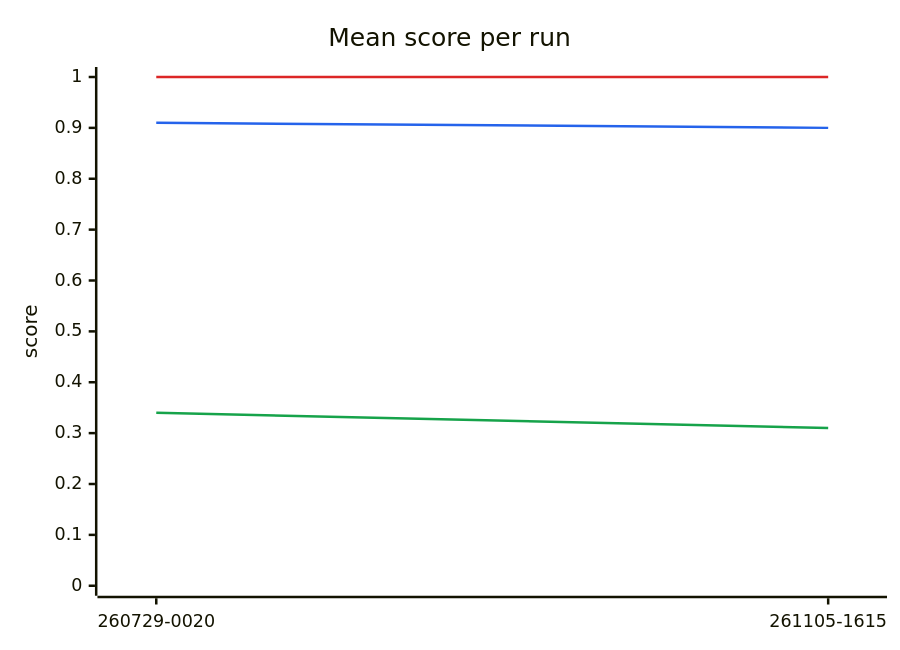
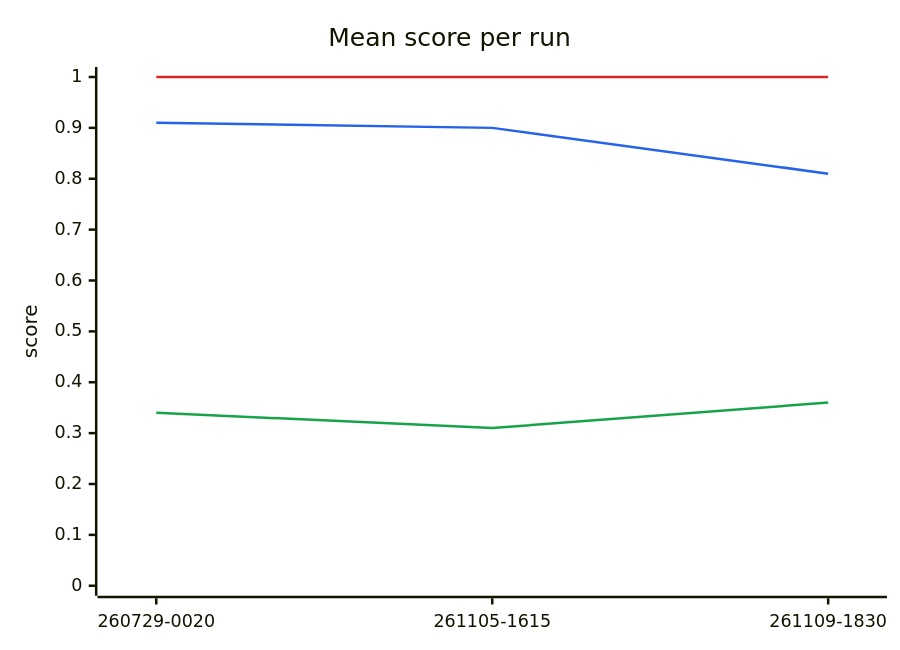
The first of 2 diagrams in lib/tests/benchmarks/querying/results/README.md (megagonlabs/blue-data-kb-source), drawn with Mermaid before and after one commit. The commit also changed other lines of this file and 5 other files, not shown here.

````diff
--- a/lib/tests/benchmarks/querying/results/README.md
+++ b/lib/tests/benchmarks/querying/results/README.md
@@ -28,10 +28,10 @@
 ```mermaid
 %%{init: {"themeVariables": {"xyChart": {"plotColorPalette": "#2563eb, #16a34a, #dc2626"}}}}%%
 xychart-beta
     title "Mean score per run"
-    x-axis ["260729-0020", "261105-1615"]
+    x-axis ["260729-0020", "261105-1615", "261109-1830"]
     y-axis "score" 0 --> 1
-    line [0.91, 0.90]
-    line [0.34, 0.31]
-    line [1.00, 1.00]
+    line [0.91, 0.90, 0.81]
+    line [0.34, 0.31, 0.36]
+    line [1.00, 1.00, 1.00]
 ```
````
